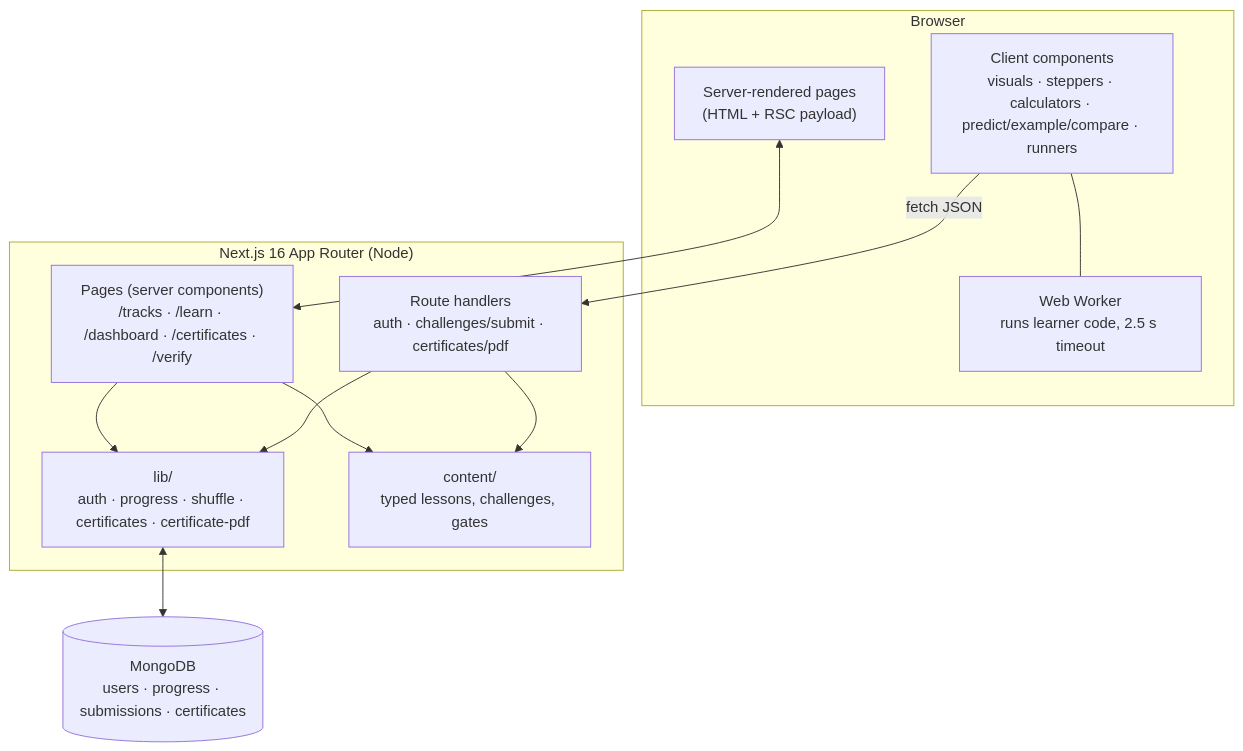
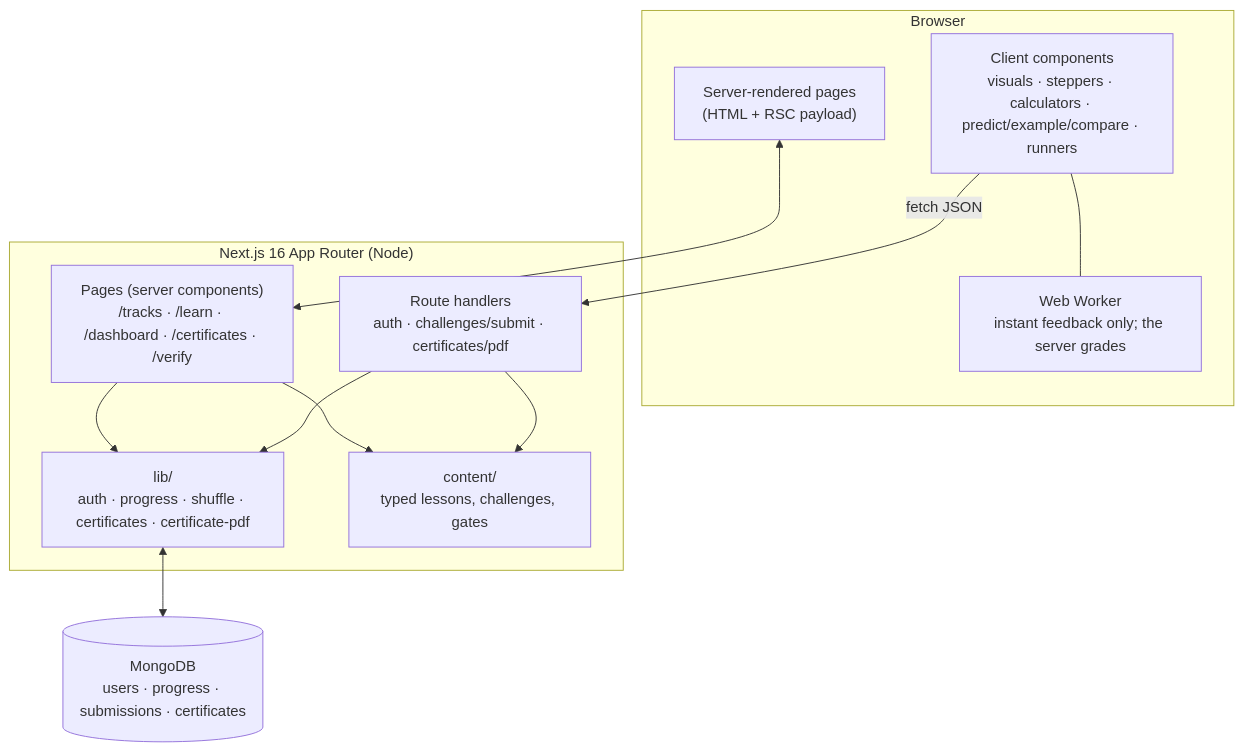
Before and after one commit to sairaghukiran14/AIEM: the second of 5 diagrams in README.md, drawn with Mermaid. The commit also changed other lines of this file and 48 other files, not shown here.

````diff
--- a/README.md
+++ b/README.md
@@ -152,26 +153,26 @@
 ```mermaid
 flowchart TB
     subgraph Browser
         RSC["Server-rendered pages<br/>(HTML + RSC payload)"]
         CC["Client components<br/>visuals · steppers · calculators · predict/example/compare · runners"]
-        WW["Web Worker<br/>runs learner code, 2.5 s timeout"]
+        WW["Web Worker<br/>instant feedback only; the server grades"]
     end
 
     subgraph Next["Next.js 16 App Router (Node)"]
         PG["Pages (server components)<br/>/tracks · /learn · /dashboard · /certificates · /verify"]
         API["Route handlers<br/>auth · challenges/submit · certificates/pdf"]
         LIB["lib/<br/>auth · progress · shuffle · certificates · certificate-pdf"]
         CONTENT["content/<br/>typed lessons, challenges, gates"]
     end
 
     DB[("MongoDB<br/>users · progress · submissions · certificates")]
 
     RSC <--> PG
     CC -- "fetch JSON" --> API
     CC --- WW
     PG --> LIB
     API --> LIB
     PG --> CONTENT
     API --> CONTENT
     LIB <--> DB
 ```
````
